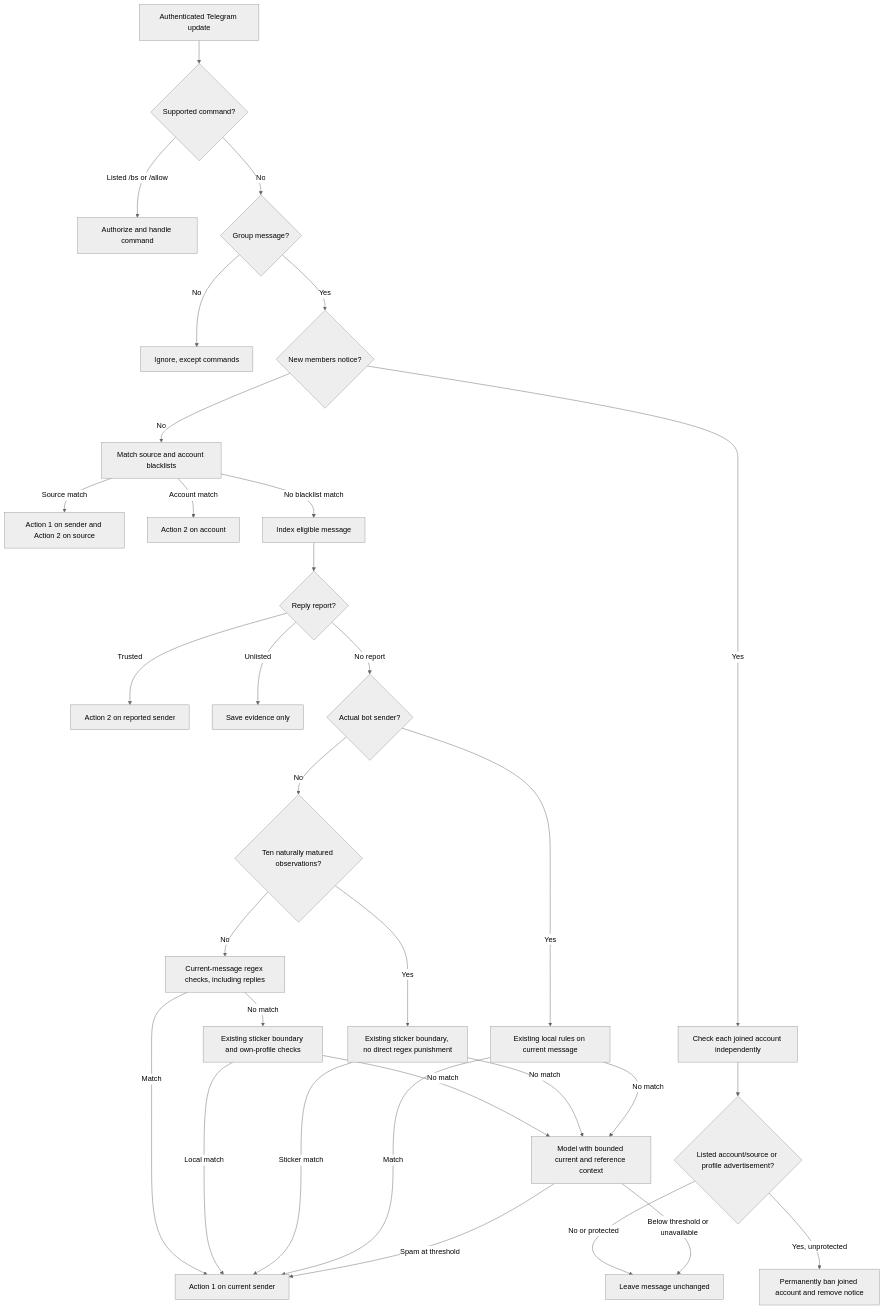
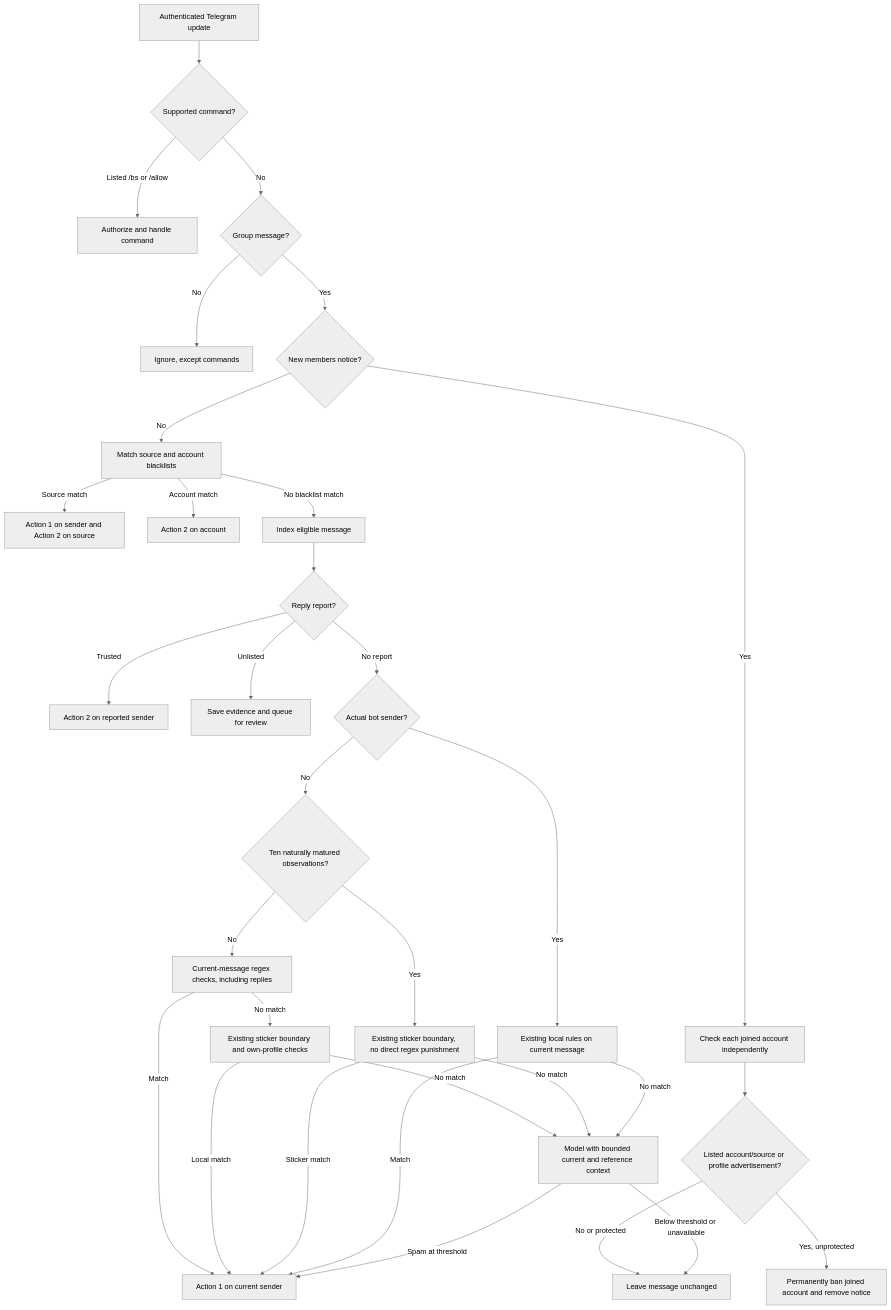
Before and after one commit to IceCodeNew/anti-fwd-spam: the first of 2 diagrams in docs/behavior.md, drawn with Mermaid (neutral theme). The commit also changed other lines of this file and 13 other files, not shown here.

First line of the commit message:
feat: queue unlisted reports for external review (#71)

````diff
--- a/docs/behavior.md
+++ b/docs/behavior.md
@@ -31,34 +31,34 @@
 ```mermaid
 flowchart TD
     A[Authenticated Telegram update] --> B{Supported command?}
     B -->|Listed /bs or /allow| C[Authorize and handle command]
     B -->|No| D{Group message?}
     D -->|No| E[Ignore, except commands]
     D -->|Yes| S{New members notice?}
     S -->|Yes| T[Check each joined account independently]
     T --> U{Listed account/source or profile advertisement?}
     U -->|Yes, unprotected| V[Permanently ban joined account and remove notice]
     U -->|No or protected| Q[Leave member unchanged]
     S -->|No| F[Match source and account blacklists]
     F -->|Source match| G[Action 1 on sender and Action 2 on source]
     F -->|Account match| H[Action 2 on account]
     F -->|No blacklist match| I[Index eligible message]
     I --> J{Reply report?}
     J -->|Trusted| K[Action 2 on reported sender]
-    J -->|Unlisted| L[Save evidence only]
+    J -->|Unlisted| L[Save evidence and queue for review]
     J -->|No report| R{Actual bot sender?}
     R -->|Yes| O[Existing local rules on current message]
     R -->|No| M{Ten naturally matured observations?}
     M -->|No| W[Current-message regex checks, including replies]
     W -->|Match| P[Action 1 on current sender]
     W -->|No match| X[Existing sticker boundary and own-profile checks]
     M -->|Yes| Y[Existing sticker boundary, no direct regex punishment]
     X -->|Local match| P
     X -->|No match| N[Model with bounded current and reference context]
     Y -->|Sticker match| P
     Y -->|No match| N
     O -->|Match| P[Action 1 on current sender]
     O -->|No match| N
     N -->|Spam at threshold| P
     N -->|Below threshold or unavailable| Q[Leave message unchanged]
 ```
````
